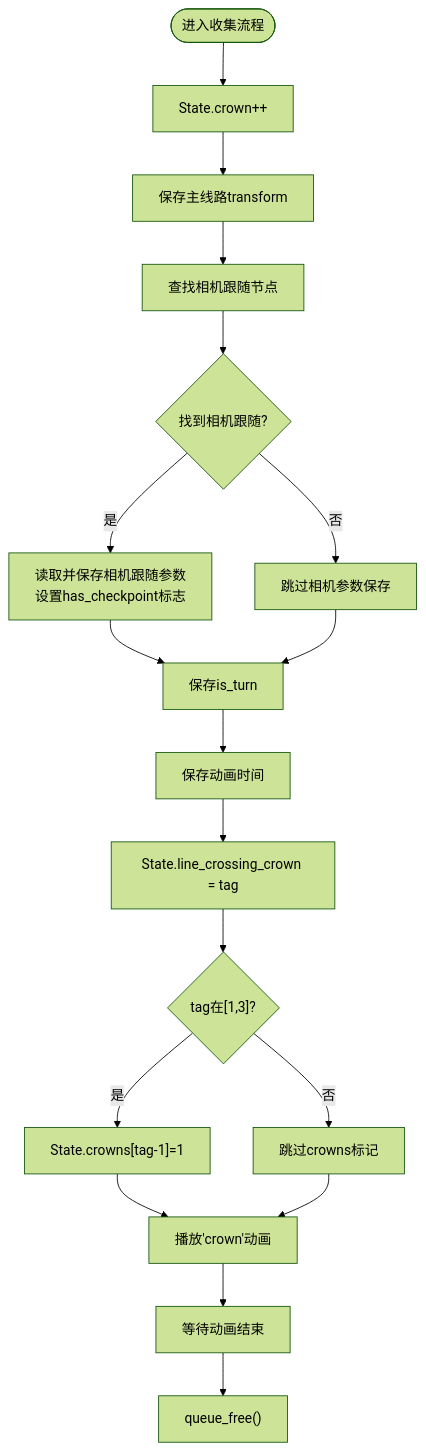
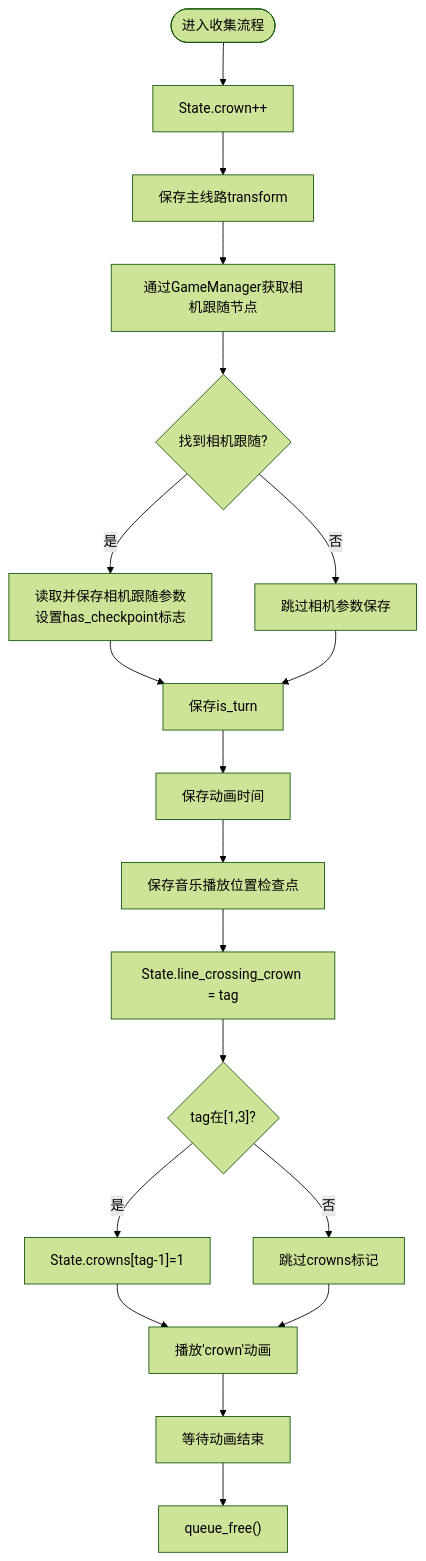
One commit to godotline/godot-line changed the third of 5 diagrams in .qoder/repowiki/zh/content/游戏系统/触发器系统/Crown触发器.md. Above: the diagram before and after it, drawn with Mermaid (forest theme). The commit also changed other lines of this file and 18 other files, not shown here.

````diff
--- a/.qoder/repowiki/zh/content/游戏系统/触发器系统/Crown触发器.md
+++ b/.qoder/repowiki/zh/content/游戏系统/触发器系统/Crown触发器.md
@@ -160,20 +190,21 @@
 ```mermaid
 flowchart TD
 Start(["进入收集流程"]) --> Inc["State.crown++"]
 Inc --> SaveML["保存主线路transform"]
-SaveML --> GetCam["查找相机跟随节点"]
+SaveML --> GetCam["通过GameManager获取相机跟随节点"]
 GetCam --> HasCam{"找到相机跟随?"}
 HasCam --> |是| SaveCam["读取并保存相机跟随参数<br/>设置has_checkpoint标志"]
 HasCam --> |否| SkipCam["跳过相机参数保存"]
 SaveCam --> SaveTurn["保存is_turn"]
 SkipCam --> SaveTurn
 SaveTurn --> SaveAnim["保存动画时间"]
-SaveAnim --> MarkTag["State.line_crossing_crown = tag"]
+SaveAnim --> SaveMusic["保存音乐播放位置检查点"]
+SaveMusic --> MarkTag["State.line_crossing_crown = tag"]
 MarkTag --> TagRange{"tag在[1,3]?"}
 TagRange --> |是| SetCrowns["State.crowns[tag-1]=1"]
 TagRange --> |否| SkipSet["跳过crowns标记"]
 SetCrowns --> Play["播放'crown'动画"]
 SkipSet --> Play
 Play --> Wait["等待动画结束"]
 Wait --> Free["queue_free()"]
 ```
````
